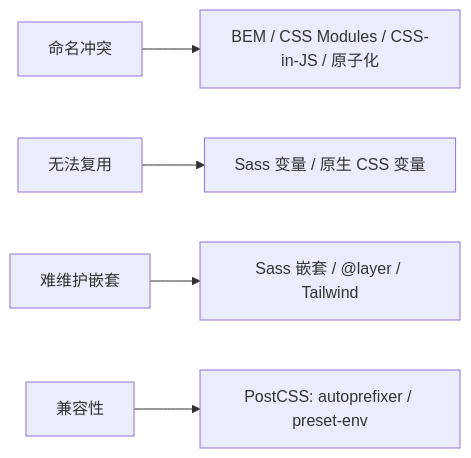
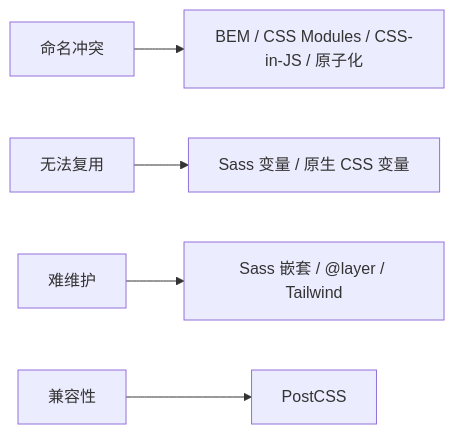
One commit to inspire-man/frontend-knowledge-base changed the diagram in frontend-knowledge-base/卷三-HTML与CSS/3.7-CSS工程化.md. Above: the diagram before and after it, drawn with Mermaid. The commit also changed other lines of this file and 2 other files, not shown here.

````diff
--- a/frontend-knowledge-base/卷三-HTML与CSS/3.7-CSS工程化.md
+++ b/frontend-knowledge-base/卷三-HTML与CSS/3.7-CSS工程化.md
@@ -16,7 +16,7 @@
 ```mermaid
 flowchart LR
     A[命名冲突] --> B[BEM / CSS Modules / CSS-in-JS / 原子化]
     C[无法复用] --> D[Sass 变量 / 原生 CSS 变量]
-    E[难维护嵌套] --> F[Sass 嵌套 / @layer / Tailwind]
-    G[兼容性] --> H[PostCSS: autoprefixer / preset-env]
+    E[难维护] --> F[Sass 嵌套 / @layer / Tailwind]
+    G[兼容性] --> H[PostCSS]
 ```
````
